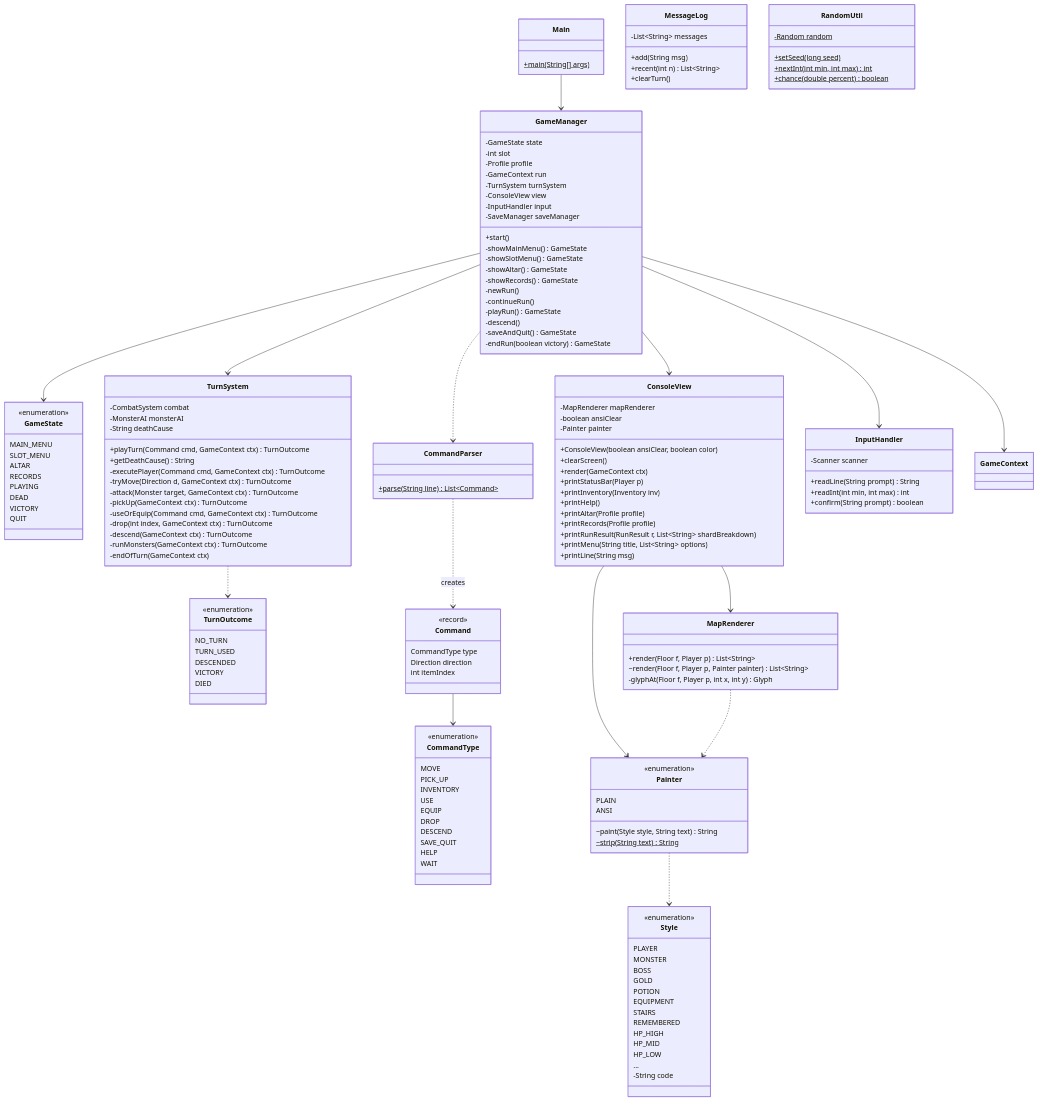
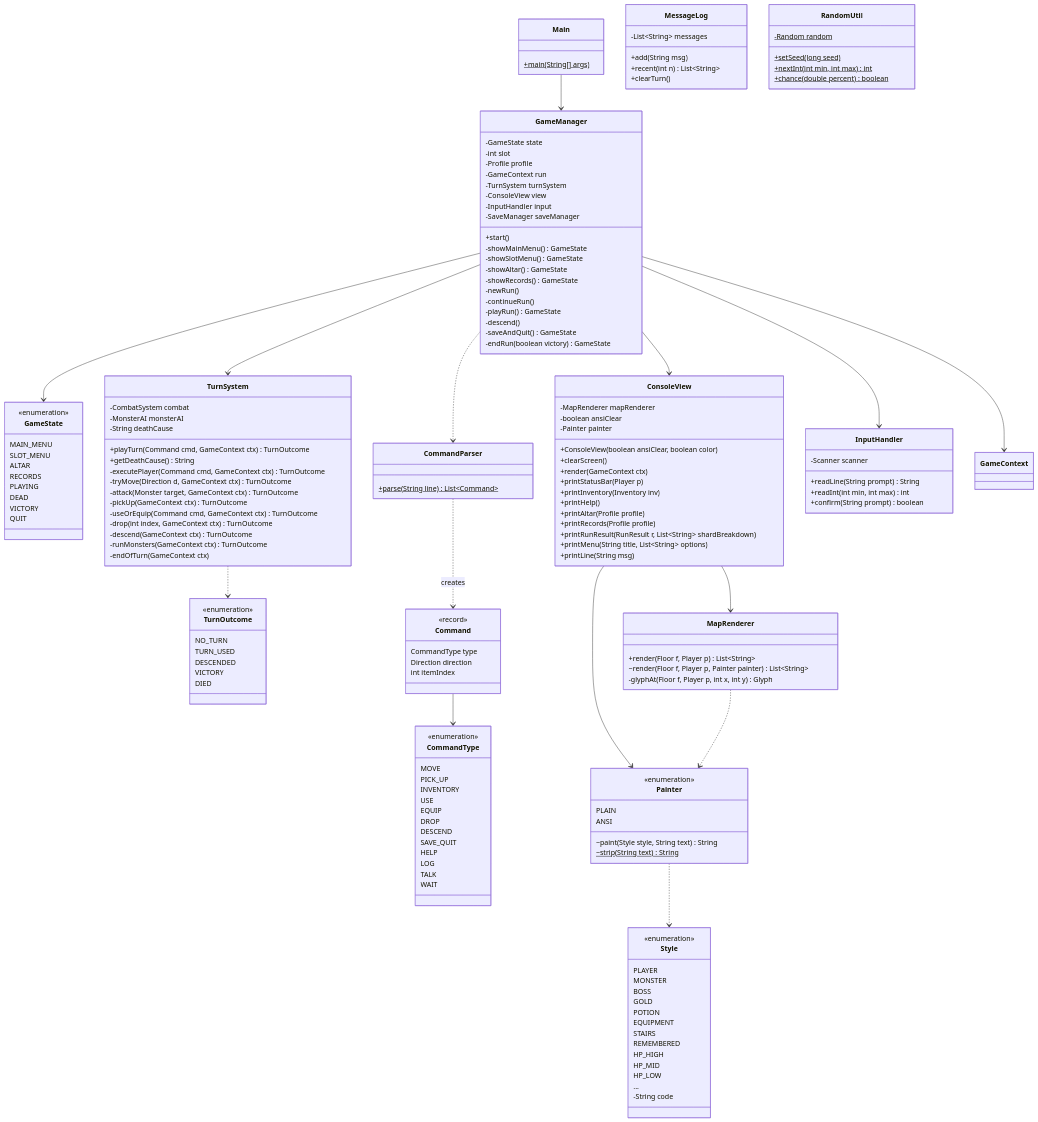
Before and after one commit to likelion-boot-camp-28th/side-project01-team01: the second of 10 diagrams in docs/Class-Diagram.md, drawn with Mermaid. The commit also changed other lines of this file and 24 other files, not shown here.

```diff
--- a/docs/Class-Diagram.md
+++ b/docs/Class-Diagram.md
@@ -147,6 +151,8 @@
         DESCEND
         SAVE_QUIT
         HELP
+        LOG
+        TALK
         WAIT
     }
     class CommandParser {
```
